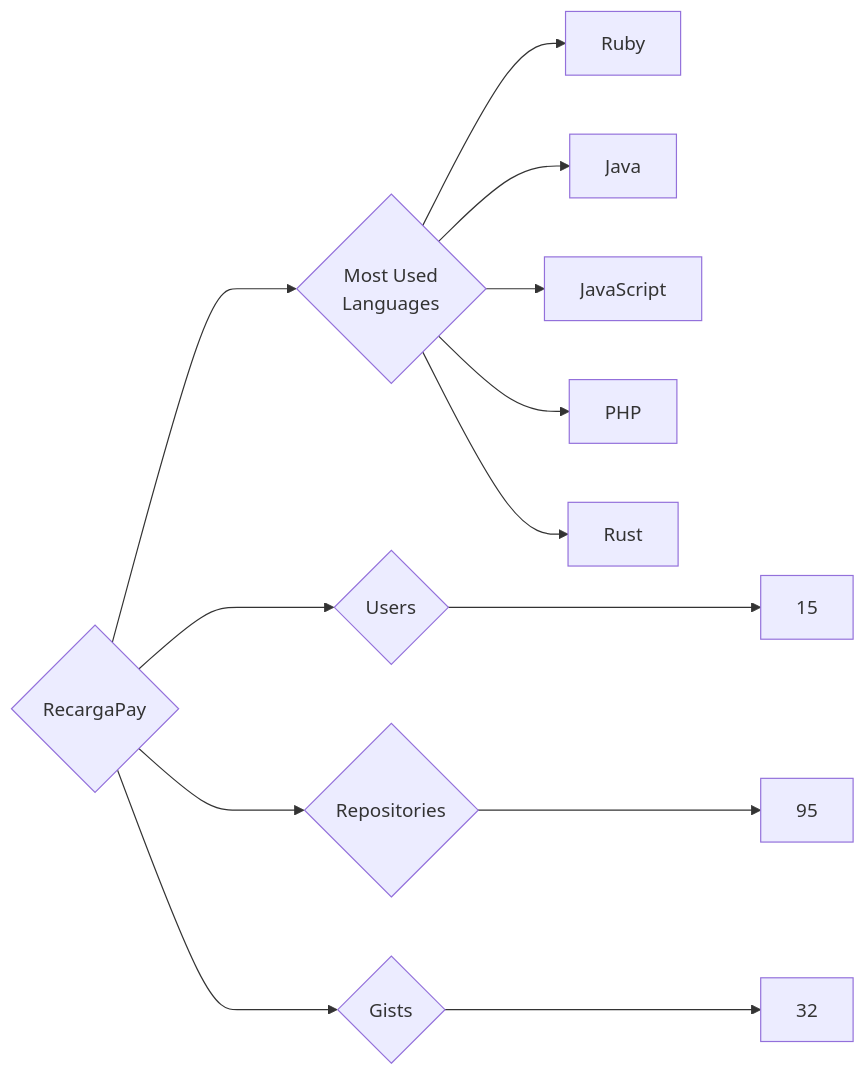
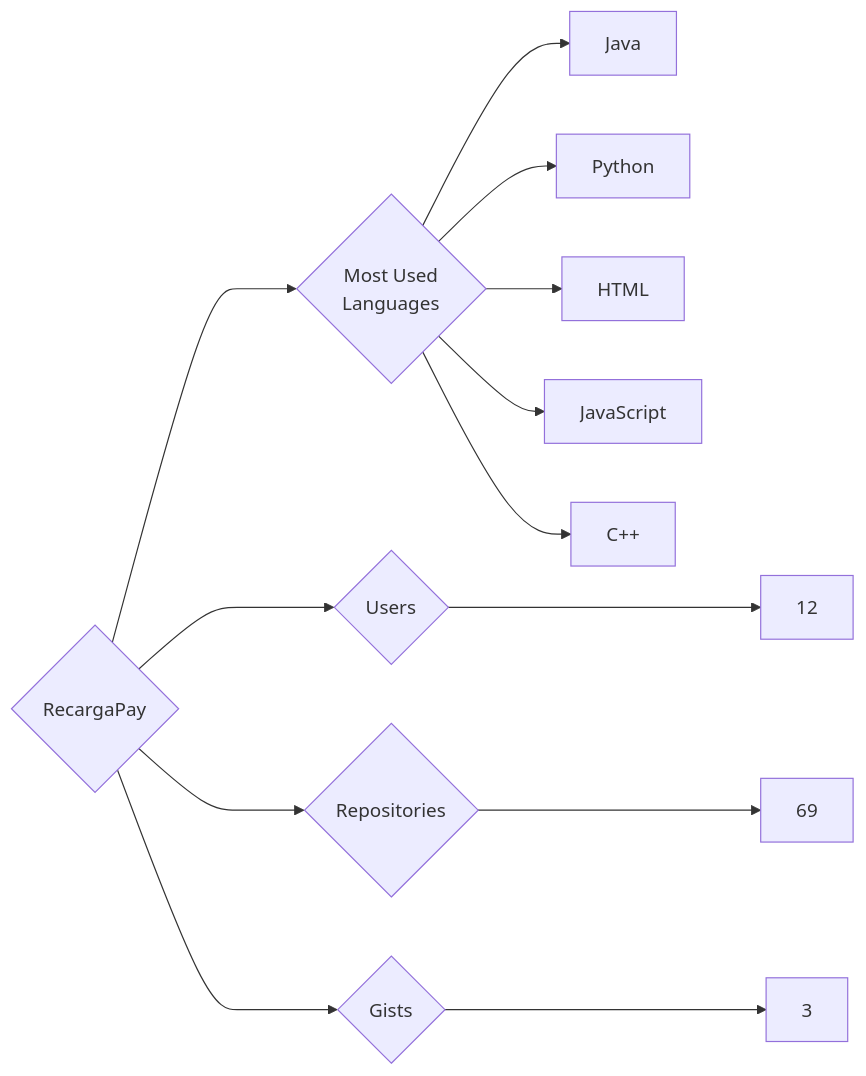
Before and after one commit to trickest/insiders: the diagram in targets/RecargaPay/README.md, drawn with Mermaid. The commit also changed 964 other files, not shown here.

````diff
--- a/targets/RecargaPay/README.md
+++ b/targets/RecargaPay/README.md
@@ -3,13 +3,13 @@
 ```mermaid
 graph LR
 COMPANY_NAME{RecargaPay}
-COMPANY_NAME ---> U{Users} ---> UN[15]
-COMPANY_NAME ---> R{Repositories} ---> RN[95]
-COMPANY_NAME ---> G{Gists} ---> GN[32]
+COMPANY_NAME ---> U{Users} ---> UN[12]
+COMPANY_NAME ---> R{Repositories} ---> RN[69]
+COMPANY_NAME ---> G{Gists} ---> GN[3]
 COMPANY_NAME ---> ML{Most Used<br>Languages}
-ML --> Ruby[Ruby]
 ML --> Java[Java]
+ML --> Python[Python]
+ML --> HTML[HTML]
 ML --> JavaScript[JavaScript]
-ML --> PHP[PHP]
-ML --> Rust[Rust]
+ML --> C++[C++]
 ```
````
